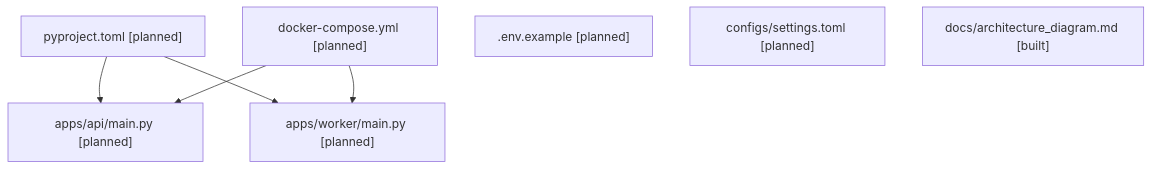
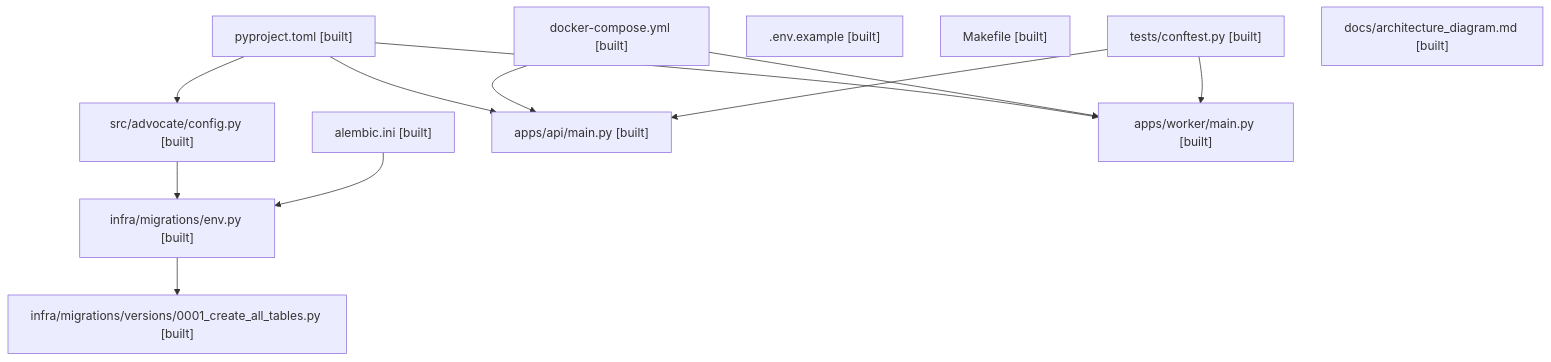
One commit to syndacks/advocate changed the second of 11 diagrams in docs/architecture_diagram.md. Above: the diagram before and after it, drawn with Mermaid. The commit also changed other lines of this file and 41 other files, not shown here.

````diff
--- a/docs/architecture_diagram.md
+++ b/docs/architecture_diagram.md
@@ -156,14 +168,25 @@
 ```mermaid
 graph TD
-    P0A["pyproject.toml [planned]"]
-    P0B["docker-compose.yml [planned]"]
-    P0C[".env.example [planned]"]
-    P0D["configs/settings.toml [planned]"]
-    P0E["apps/api/main.py [planned]"]
-    P0F["apps/worker/main.py [planned]"]
-    P0G["docs/architecture_diagram.md [built]"]
+    P0A["pyproject.toml [built]"]
+    P0B["docker-compose.yml [built]"]
+    P0C[".env.example [built]"]
+    P0D["Makefile [built]"]
+    P0E["src/advocate/config.py [built]"]
+    P0F["alembic.ini [built]"]
+    P0G["infra/migrations/env.py [built]"]
+    P0H["infra/migrations/versions/0001_create_all_tables.py [built]"]
+    P0I["apps/api/main.py [built]"]
+    P0J["apps/worker/main.py [built]"]
+    P0K["tests/conftest.py [built]"]
+    P0L["docs/architecture_diagram.md [built]"]
     P0A --> P0E
-    P0A --> P0F
-    P0B --> P0E
-    P0B --> P0F
+    P0A --> P0I
+    P0A --> P0J
+    P0B --> P0I
+    P0B --> P0J
+    P0E --> P0G
+    P0F --> P0G
+    P0G --> P0H
+    P0K --> P0I
+    P0K --> P0J
 ```
````
